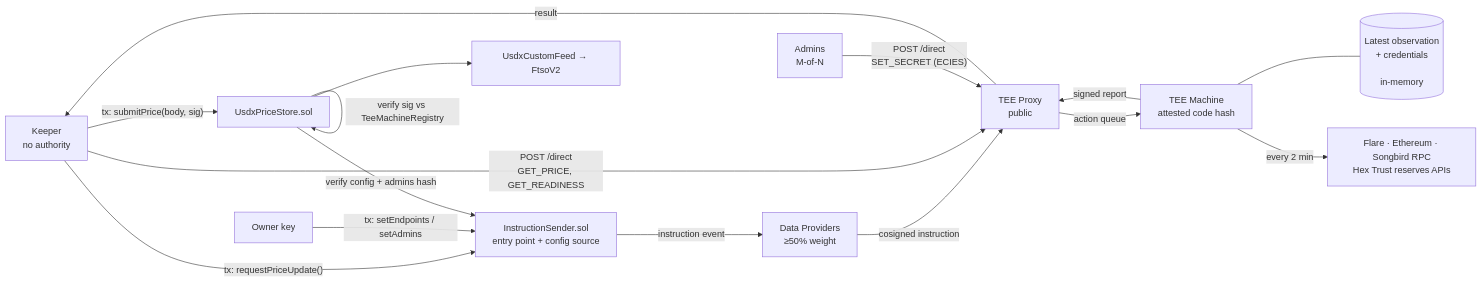
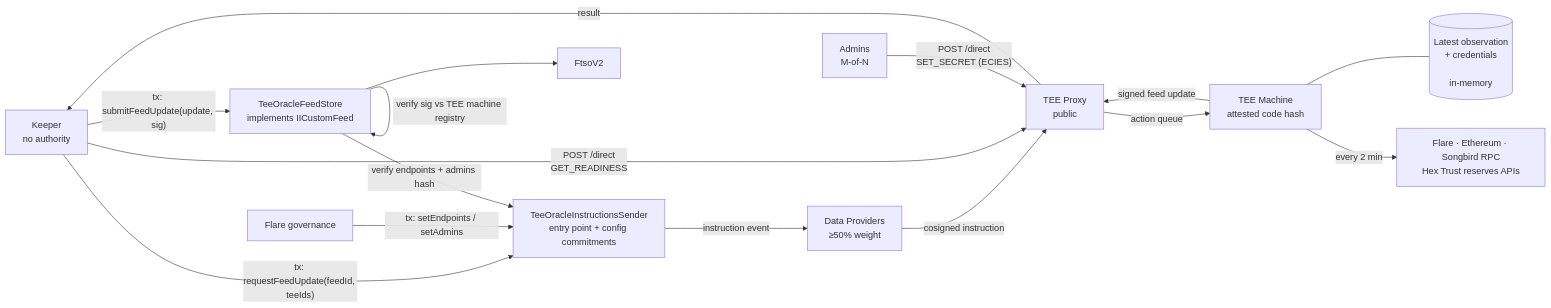
One commit to flare-foundation/fce-usdx-oracle changed the first of 4 diagrams in README.md. Above: the diagram before and after it, drawn with Mermaid. The commit also changed other lines of this file and 70 other files, not shown here.

First line of the commit message:
Resync the docs with the upstream deployment flow

````diff
--- a/README.md
+++ b/README.md
@@ -62,30 +65,30 @@
 ```mermaid
 flowchart LR
   K[Keeper<br/>no authority]
-  O[Owner key]
+  G[Flare governance]
   ADM[Admins<br/>M-of-N]
-  IS[InstructionSender.sol<br/>entry point + config source]
+  IS[TeeOracleInstructionsSender<br/>entry point + config commitments]
   P[TEE Proxy<br/>public]
   DP[Data Providers<br/>≥50% weight]
   T[TEE Machine<br/>attested code hash]
   OBS[(Latest observation<br/>+ credentials<br/><br/>in-memory)]
   SRC[Flare · Ethereum · Songbird RPC<br/>Hex Trust reserves APIs]
-  ST[UsdxPriceStore.sol]
-  F[UsdxCustomFeed → FtsoV2]
+  ST[TeeOracleFeedStore<br/>implements IICustomFeed]
+  F[FtsoV2]
 
-  K -- "tx: requestPriceUpdate()" --> IS
-  O -- "tx: setEndpoints / setAdmins" --> IS
+  K -- "tx: requestFeedUpdate(feedId, teeIds)" --> IS
+  G -- "tx: setEndpoints / setAdmins" --> IS
   IS -- "instruction event" --> DP
   DP -- "cosigned instruction" --> P
-  K -- "POST /direct<br/>GET_PRICE, GET_READINESS" --> P
+  K -- "POST /direct<br/>GET_READINESS" --> P
   ADM -- "POST /direct<br/>SET_SECRET (ECIES)" --> P
   P -- "action queue" --> T
   T --- OBS
   T -- "every 2 min" --> SRC
-  T -- "signed report" --> P
+  T -- "signed feed update" --> P
   P -- "result" --> K
-  K -- "tx: submitPrice(body, sig)" --> ST
-  ST -- "verify sig vs TeeMachineRegistry" --> ST
-  ST -- "verify config + admins hash" --> IS
+  K -- "tx: submitFeedUpdate(update, sig)" --> ST
+  ST -- "verify sig vs TEE machine registry" --> ST
+  ST -- "verify endpoints + admins hash" --> IS
   ST --> F
 ```
````
